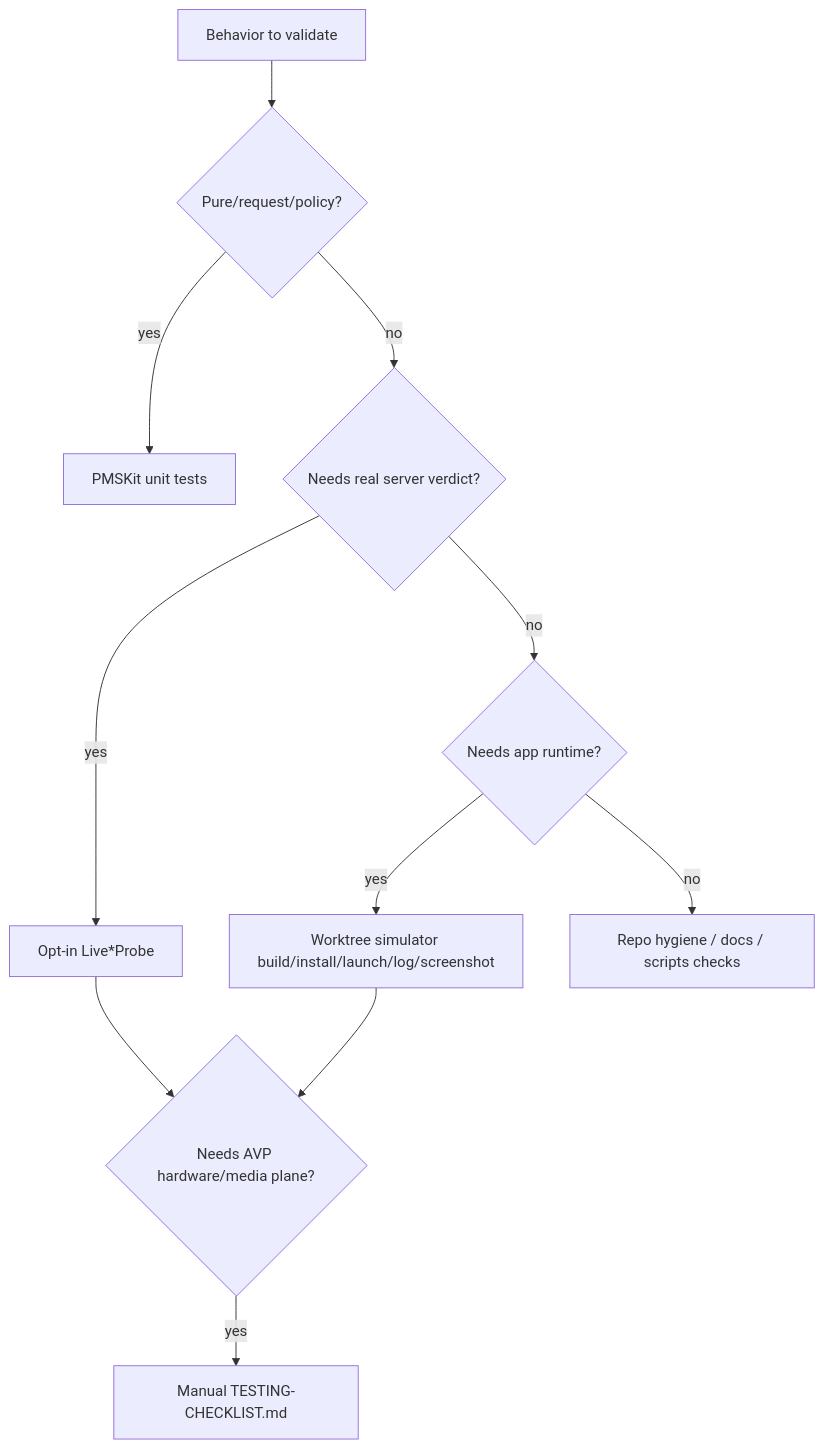
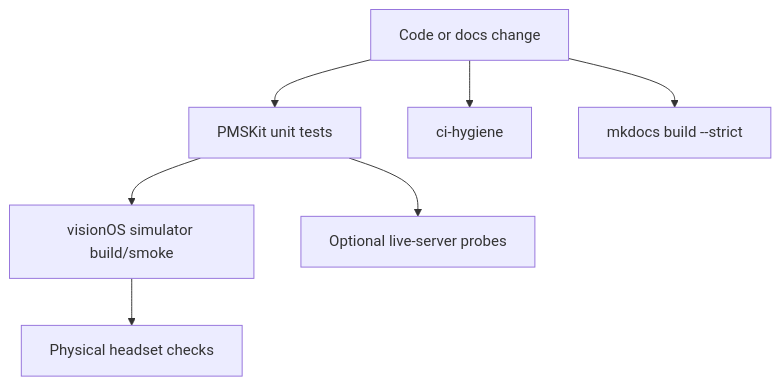
The diagram in docs/TESTING-STRATEGY.md (jlipworth/Labstream), drawn with Mermaid before and after one commit. The commit also changed other lines of this file and 20 other files, not shown here.

````diff
--- a/docs/TESTING-STRATEGY.md
+++ b/docs/TESTING-STRATEGY.md
@@ -10,16 +5,9 @@
 ```mermaid
 flowchart TD
-  Behavior[Behavior to validate] --> Unit{Pure/request/policy?}
-  Unit -->|yes| PMSKit[PMSKit unit tests]
-  Unit -->|no| Server{Needs real server verdict?}
-
-  Server -->|yes| LiveProbe[Opt-in Live*Probe]
-  Server -->|no| Simulator{Needs app runtime?}
-
-  Simulator -->|yes| SimSmoke[Worktree simulator build/install/launch/log/screenshot]
-  Simulator -->|no| Hygiene[Repo hygiene / docs / scripts checks]
-
-  LiveProbe --> Device{Needs AVP hardware/media plane?}
-  SimSmoke --> Device
-  Device -->|yes| Checklist[Manual TESTING-CHECKLIST.md]
+  Change[Code or docs change] --> Unit[PMSKit unit tests]
+  Change --> Hygiene[ci-hygiene]
+  Change --> Docs[mkdocs build --strict]
+  Unit --> Sim[visionOS simulator build/smoke]
+  Sim --> Device[Physical headset checks]
+  Unit --> Live[Optional live-server probes]
 ```
````
